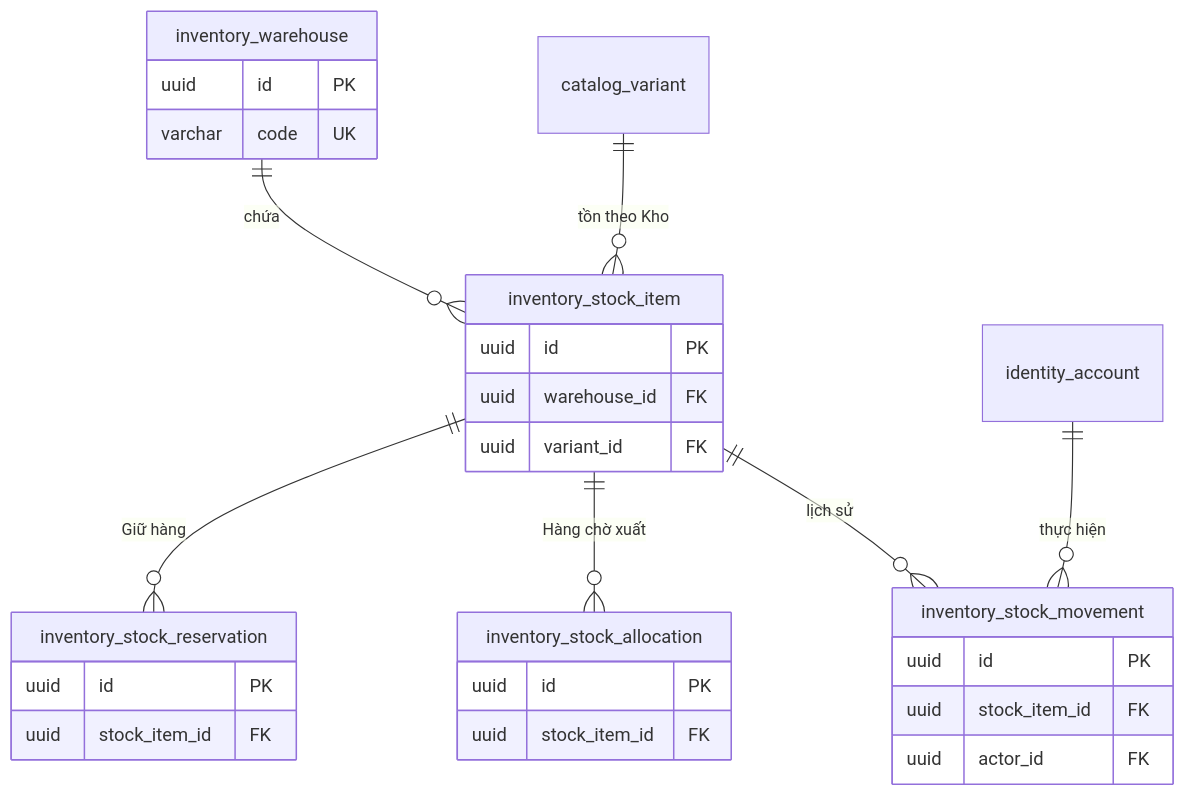
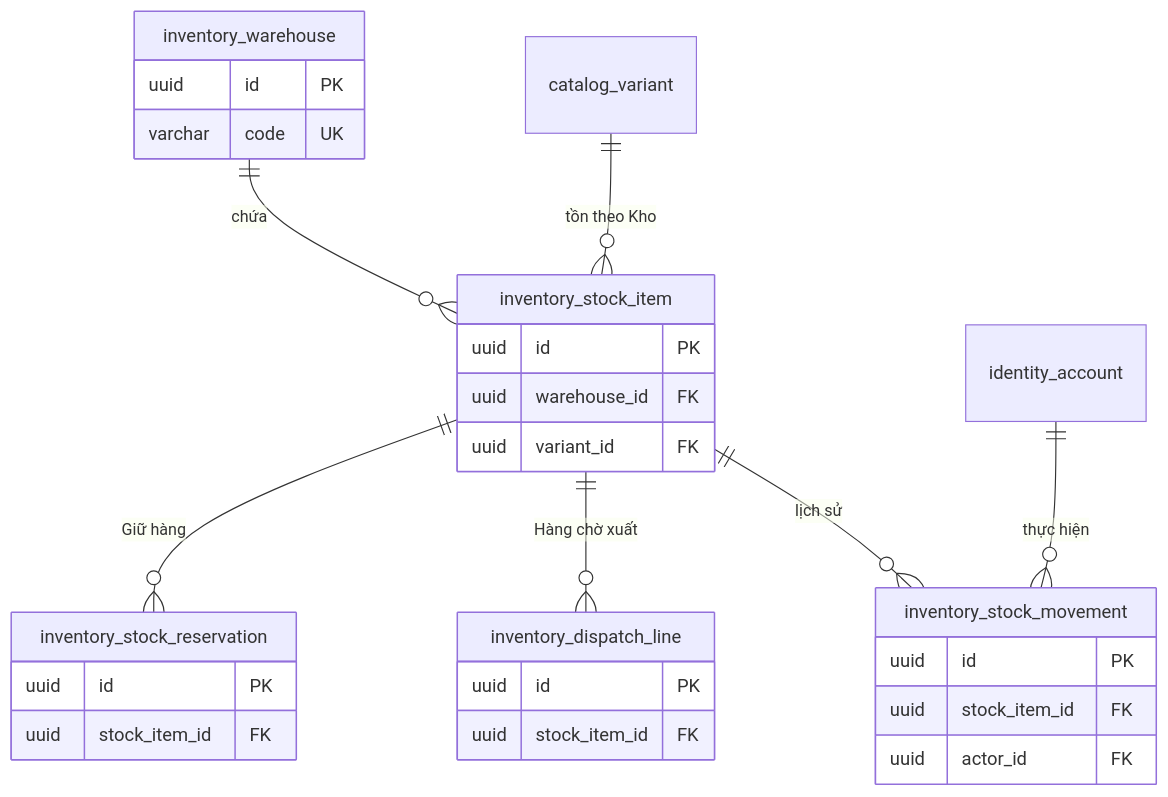
Before and after one commit to LuongCongThanh/fashion-store-backend: the fifth of 10 diagrams in docs/architecture/03-data-model.md, drawn with Mermaid. The commit also changed other lines of this file and 15 other files, not shown here.

````diff
--- a/docs/architecture/03-data-model.md
+++ b/docs/architecture/03-data-model.md
@@ -728,31 +728,31 @@
 ```mermaid
 erDiagram
     inventory_warehouse ||--o{ inventory_stock_item : "chứa"
     catalog_variant ||--o{ inventory_stock_item : "tồn theo Kho"
     inventory_stock_item ||--o{ inventory_stock_reservation : "Giữ hàng"
-    inventory_stock_item ||--o{ inventory_stock_allocation : "Hàng chờ xuất"
+    inventory_stock_item ||--o{ inventory_dispatch_line : "Hàng chờ xuất"
     inventory_stock_item ||--o{ inventory_stock_movement : "lịch sử"
     identity_account ||--o{ inventory_stock_movement : "thực hiện"
     inventory_warehouse {
         uuid id PK
         varchar code UK
     }
     inventory_stock_item {
         uuid id PK
         uuid warehouse_id FK
         uuid variant_id FK
     }
     inventory_stock_reservation {
         uuid id PK
         uuid stock_item_id FK
     }
-    inventory_stock_allocation {
+    inventory_dispatch_line {
         uuid id PK
         uuid stock_item_id FK
     }
     inventory_stock_movement {
         uuid id PK
         uuid stock_item_id FK
         uuid actor_id FK
     }
 ```
````
